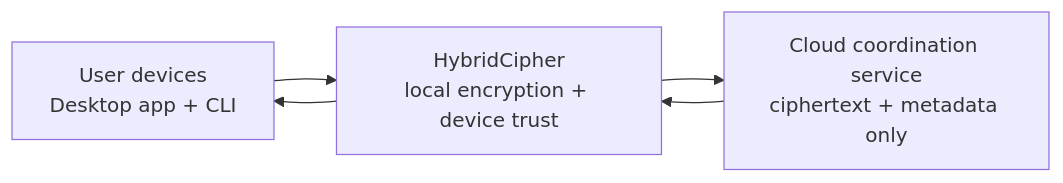
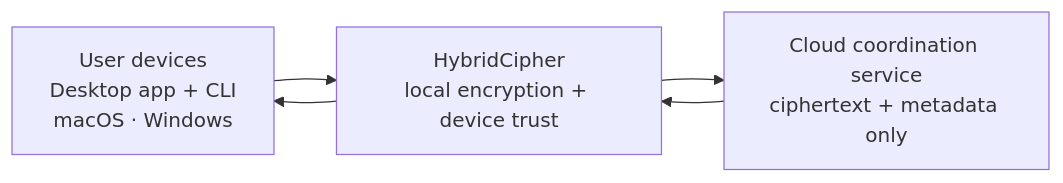
The first of 2 diagrams in README.md (hcipherdev/hybridcipher-public), drawn with Mermaid before and after one commit. The commit also changed other lines of this file and 40 other files, not shown here.

First line of the commit message:
Add Windows desktop support and improve macOS File Provider reliability

````diff
--- a/README.md
+++ b/README.md
@@ -39,11 +43,11 @@
 ```mermaid
 flowchart LR
-    Device["User devices<br/>Desktop app + CLI"]
+    Device["User devices<br/>Desktop app + CLI<br/>macOS · Windows"]
     HC["HybridCipher<br/>local encryption + device trust"]
     Cloud["Cloud coordination service<br/>ciphertext + metadata only"]
 
     Device --> HC
     HC --> Cloud
     Cloud --> HC
     HC --> Device
 ```
````
